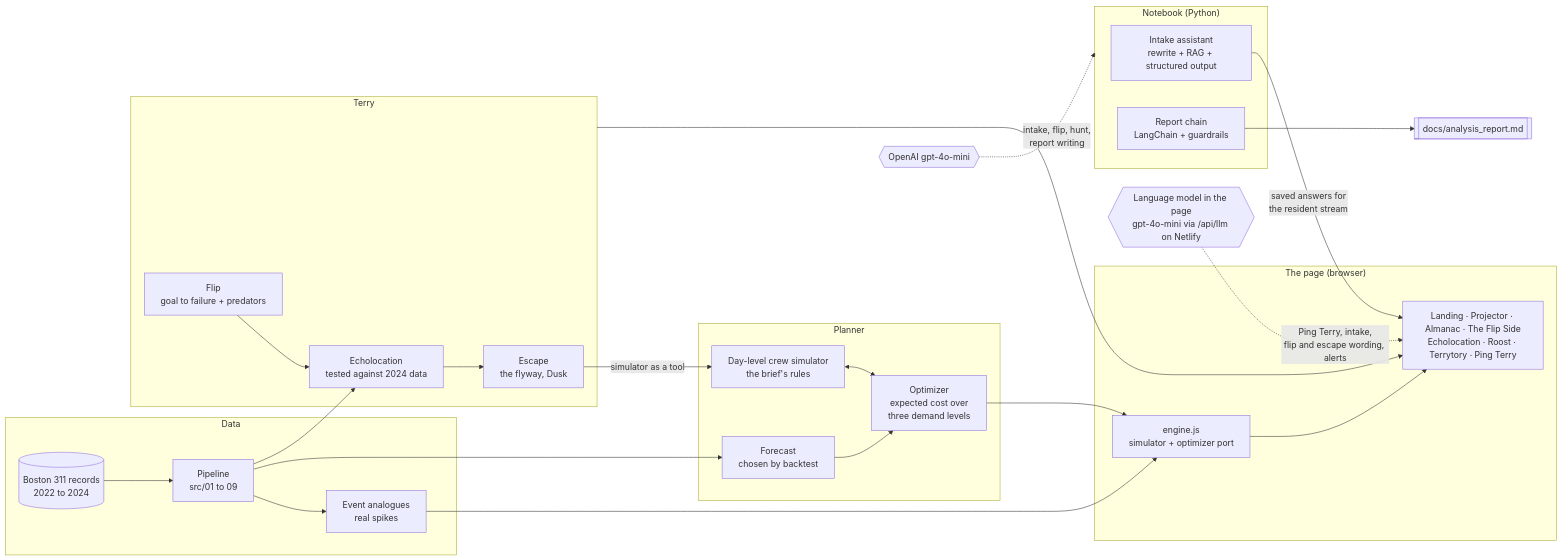
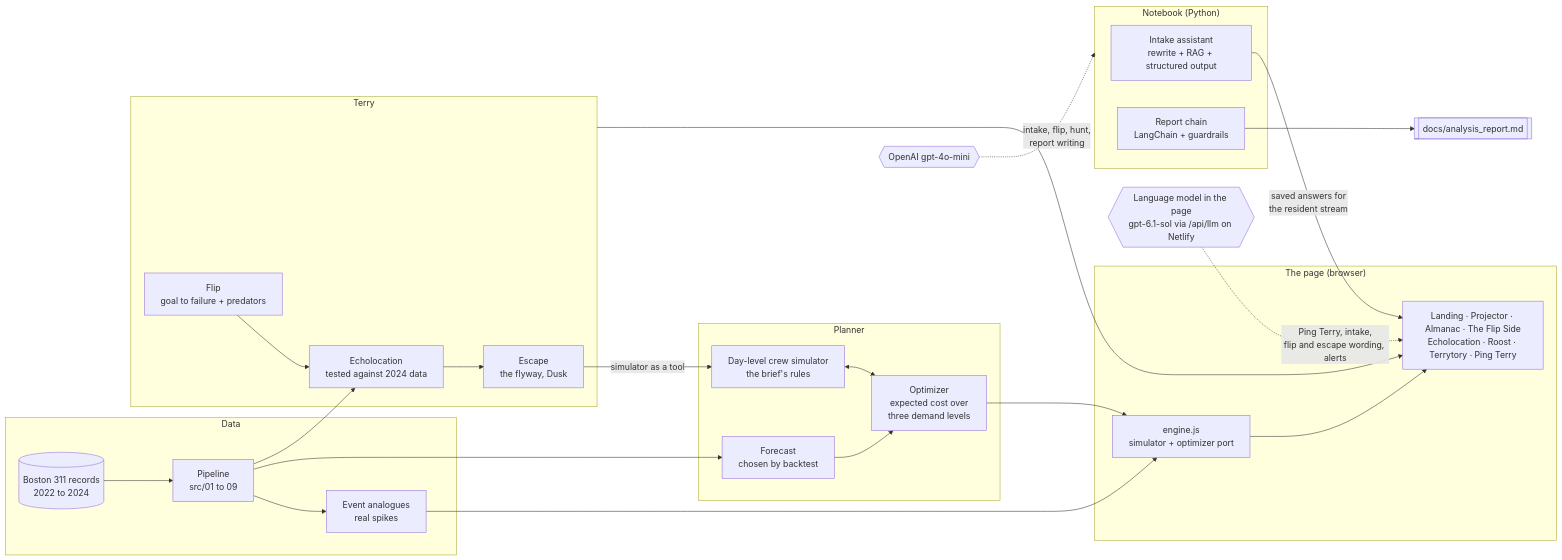
Before and after one commit to santhoshkchandrasekar/Bat-Terry: the diagram in README.md, drawn with Mermaid. The commit also changed other lines of this file and 4 other files, not shown here.

Commit message:
Live answers on GPT-6.1 Sol

````diff
--- a/README.md
+++ b/README.md
@@ -78,34 +78,34 @@
 ```mermaid
 flowchart LR
   subgraph DATA["Data"]
     RAW[("Boston 311 records<br/>2022 to 2024")] --> PROC["Pipeline<br/>src/01 to 09"]
     PROC --> AN["Event analogues<br/>real spikes"]
   end
   subgraph MODEL["Planner"]
     FC["Forecast<br/>chosen by backtest"] --> OPT["Optimizer<br/>expected cost over<br/>three demand levels"]
     SIM["Day-level crew simulator<br/>the brief's rules"] <--> OPT
   end
   subgraph TERRY["Terry"]
     FLIP["Flip<br/>goal to failure + predators"] --> ECHO["Echolocation<br/>tested against 2024 data"]
     ECHO --> ESC["Escape<br/>the flyway, Dusk"]
   end
   subgraph PAGE["The page (browser)"]
     ENG["engine.js<br/>simulator + optimizer port"]
     UI["Landing · Projector · Almanac · The Flip Side<br/>Echolocation · Roost · Terrytory · Ping Terry"]
   end
   subgraph NB["Notebook (Python)"]
     INT["Intake assistant<br/>rewrite + RAG + structured output"]
     REP["Report chain<br/>LangChain + guardrails"]
   end
   PROC --> FC
   PROC --> ECHO
   OPT --> ENG
   AN --> ENG
   ESC -- "simulator as a tool" --> SIM
   ENG --> UI
   TERRY --> UI
-  LLM{{"Language model in the page<br/>gpt-4o-mini via /api/llm on Netlify"}} -. "Ping Terry, intake,<br/>flip and escape wording, alerts" .-> UI
+  LLM{{"Language model in the page<br/>gpt-6.1-sol via /api/llm on Netlify"}} -. "Ping Terry, intake,<br/>flip and escape wording, alerts" .-> UI
   OPENAI{{"OpenAI gpt-4o-mini"}} -. "intake, flip, hunt,<br/>report writing" .-> NB
   INT -- "saved answers for<br/>the resident stream" --> UI
   REP --> DOC[["docs/analysis_report.md"]]
 ```
````
